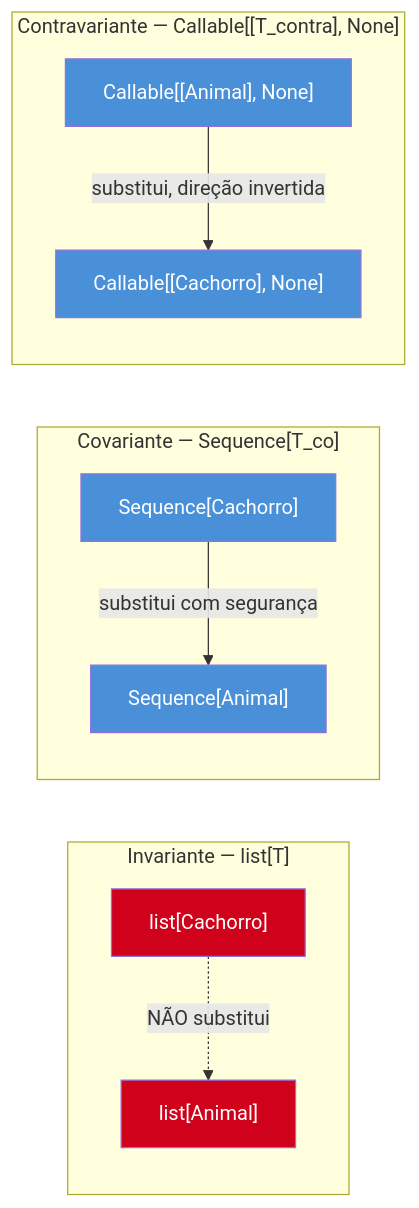
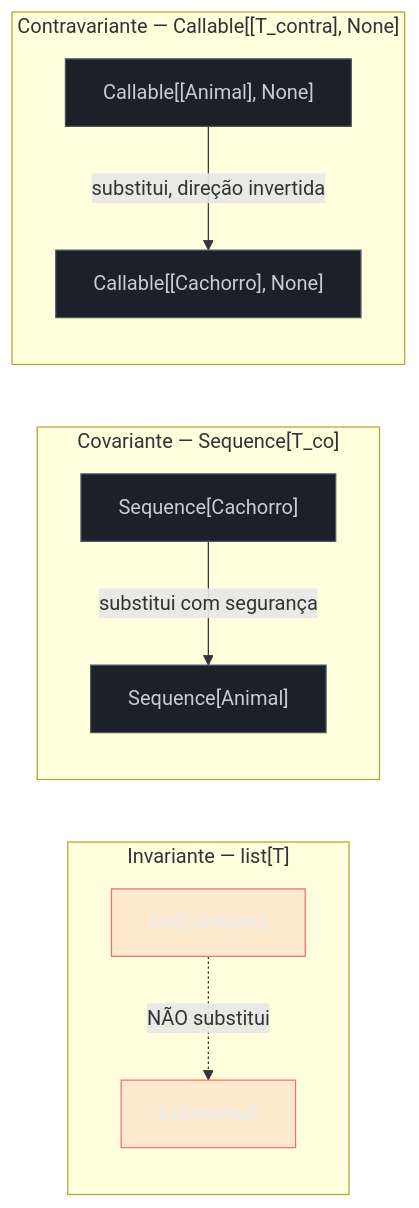
One commit to josenaldo/codex-technomanticus changed the fourth of 4 diagrams in 03-Dominios/Tecnologia/Python/Tipagem moderna/07 - Typing avançado — overload, Self, ParamSpec.md. Above: the diagram before and after it, drawn with Mermaid. The commit also changed other lines of this file and 1181 other files, not shown here.

First line of the commit message:
fix(diagramas): paleta do sistema no lugar de cor cravada no markdown

````diff
--- a/03-Dominios/Tecnologia/Python/Tipagem moderna/07 - Typing avançado — overload, Self, ParamSpec.md
+++ b/03-Dominios/Tecnologia/Python/Tipagem moderna/07 - Typing avançado — overload, Self, ParamSpec.md
@@ -331,22 +336,24 @@
 ```mermaid
 flowchart LR
+    classDef falha fill:#FF6B6B24,stroke:#FF6B6B,color:#E9ECF2
+    classDef neutro fill:#1B2029,stroke:#4E5666,color:#C6CCD8
     subgraph Invariante["Invariante — list[T]"]
         direction TB
         I1["list[Cachorro]"] -.->|"NÃO substitui"| I2["list[Animal]"]
     end
     subgraph Covariante["Covariante — Sequence[T_co]"]
         direction TB
         C1["Sequence[Cachorro]"] -->|"substitui com segurança"| C2["Sequence[Animal]"]
     end
     subgraph Contravariante["Contravariante — Callable[[T_contra], None]"]
         direction TB
         V1["Callable[[Animal], None]"] -->|"substitui, direção invertida"| V2["Callable[[Cachorro], None]"]
     end
 
-    style I1 fill:#D0021B,color:#fff
-    style I2 fill:#D0021B,color:#fff
-    style C1 fill:#4A90D9,color:#fff
-    style C2 fill:#4A90D9,color:#fff
-    style V1 fill:#4A90D9,color:#fff
-    style V2 fill:#4A90D9,color:#fff
+    class I1 falha
+    class I2 falha
+    class C1 neutro
+    class C2 neutro
+    class V1 neutro
+    class V2 neutro
 ```
````
